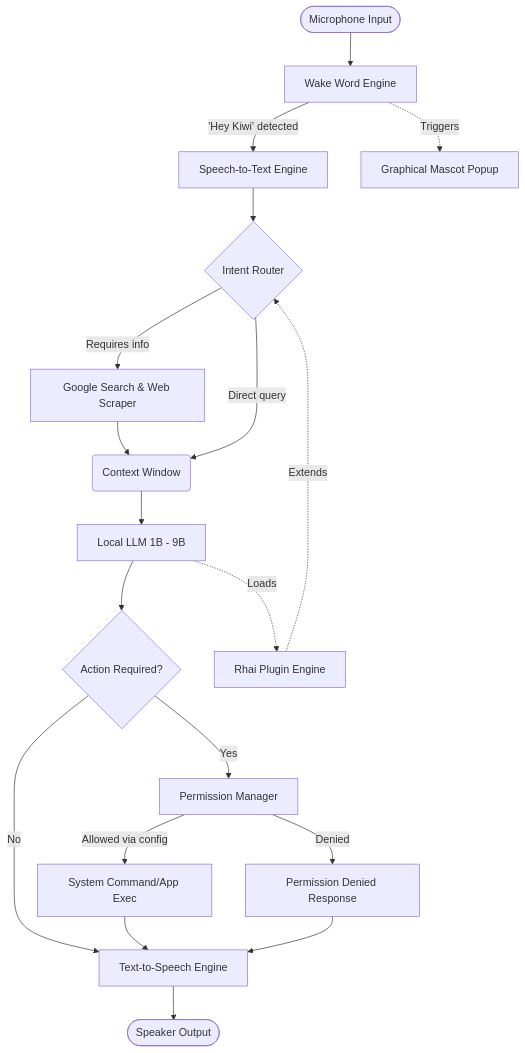
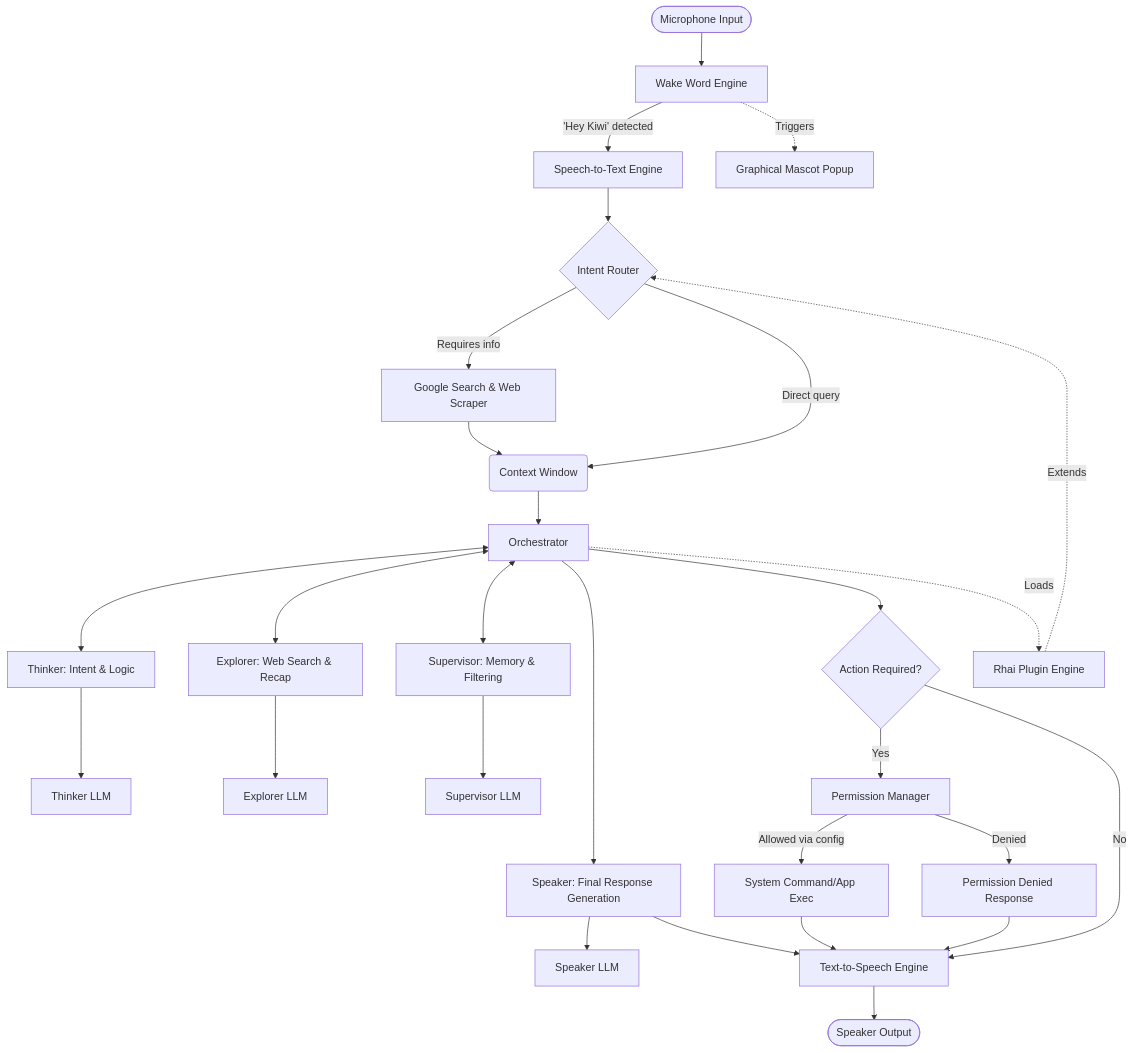
Before and after one commit to mmoehabb/kiwi: the diagram in ARCH.md, drawn with Mermaid. The commit also changed other lines of this file and 6 other files, not shown here.

First line of the commit message:
Fix: Remove LLM dependency from WebTool and daemon

````diff
--- a/ARCH.md
+++ b/ARCH.md
@@ -9,35 +9,45 @@
 ```mermaid
 graph TD
     %% Input Layer
     Mic([Microphone Input]) --> WW[Wake Word Engine]
 
     %% Processing Pipeline
     WW -- "'Hey Kiwi' detected" --> STT[Speech-to-Text Engine]
     STT --> Router{Intent Router}
 
     %% Context & Tools
     Router -- "Requires info" --> Search[Google Search & Web Scraper]
     Search --> Context(Context Window)
     Router -- "Direct query" --> Context
 
-    %% Core Intelligence
-    Context --> LLM[Local LLM 1B - 9B]
+    %% Core Intelligence (Multi-Agent System)
+    Context --> Orchestrator
+    Orchestrator <--> Thinker[Thinker: Intent & Logic]
+    Orchestrator <--> Explorer[Explorer: Web Search & Recap]
+    Orchestrator <--> Supervisor[Supervisor: Memory & Filtering]
+    Orchestrator --> SpeakerAgent[Speaker: Final Response Generation]
+
+    Thinker --> LLM_Think[Thinker LLM]
+    Explorer --> LLM_Expl[Explorer LLM]
+    Supervisor --> LLM_Sup[Supervisor LLM]
+    SpeakerAgent --> LLM_Speak[Speaker LLM]
 
     %% Execution & Extensibility
-    LLM --> Exec{Action Required?}
+    Orchestrator --> Exec{Action Required?}
     Exec -- "Yes" --> Perm[Permission Manager]
     Perm -- "Allowed via config" --> Command[System Command/App Exec]
     Perm -- "Denied" --> DeniedMsg[Permission Denied Response]
 
     Exec -- "No" --> TTS[Text-to-Speech Engine]
+    SpeakerAgent --> TTS
     Command --> TTS
     DeniedMsg --> TTS
 
     %% Output Layer
     TTS --> Speaker([Speaker Output])
 
     %% GUI & Plugins
     WW -. "Triggers" .-> GUI[Graphical Mascot Popup]
-    LLM -. "Loads" .-> Plugins[Rhai Plugin Engine]
+    Orchestrator -. "Loads" .-> Plugins[Rhai Plugin Engine]
     Plugins -. "Extends" .-> Router
 ```
````
